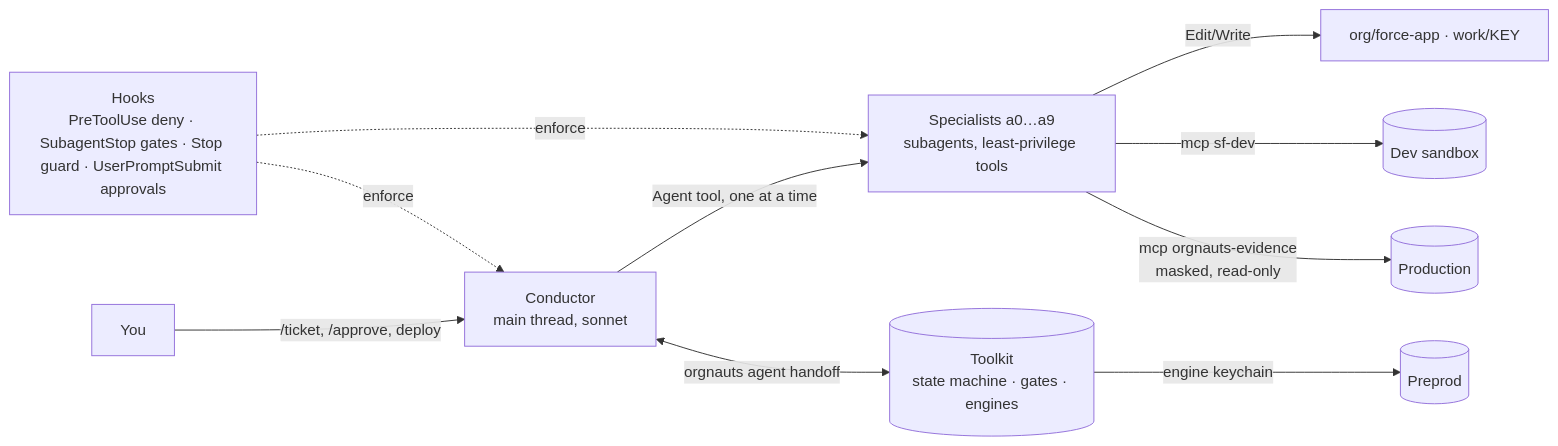
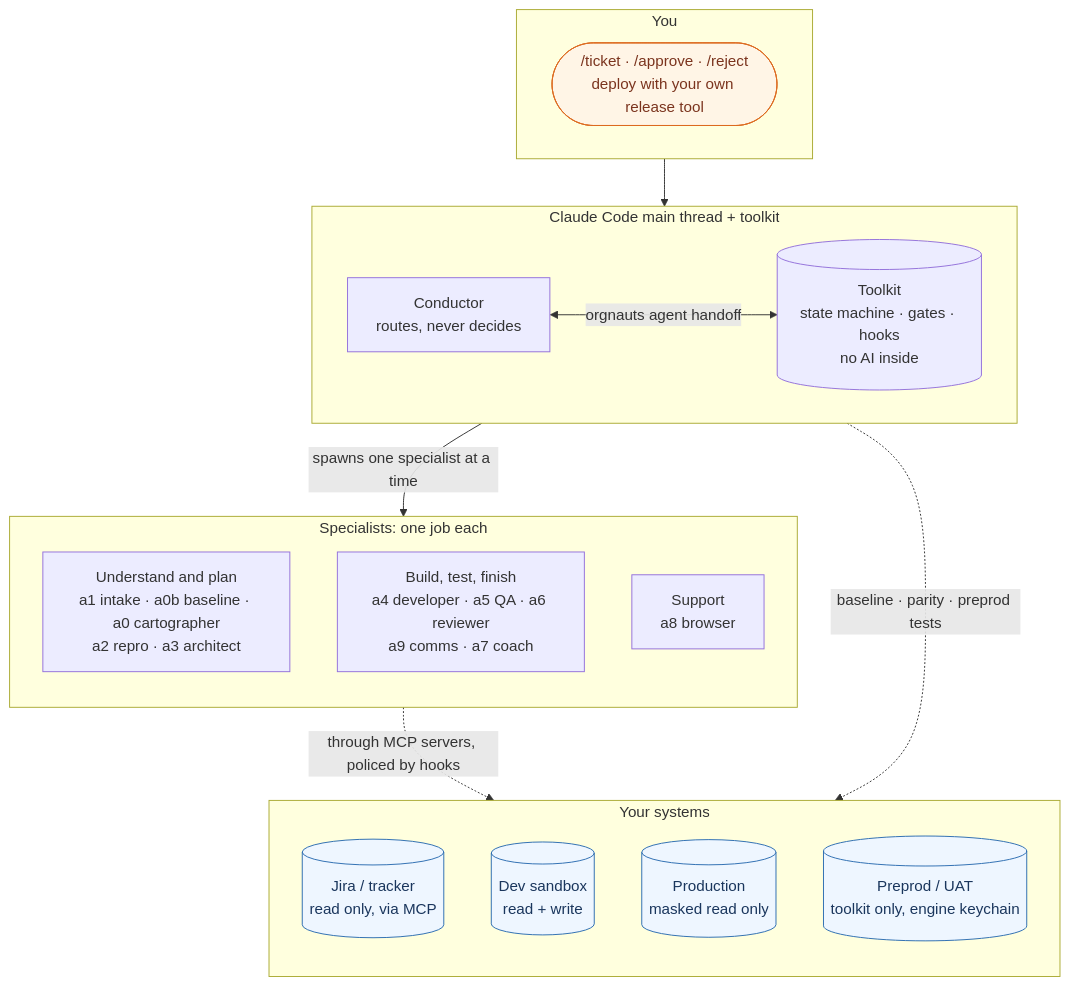
Before and after one commit to KhaddaAiLabs/orgnauts: the first of 2 diagrams in README.md, drawn with Mermaid. The commit also changed other lines of this file and 21 other files, not shown here.

First line of the commit message:
docs: rewrite README and every folder README for a first-time reader, with diagrams

````diff
--- a/README.md
+++ b/README.md
@@ -114,12 +40,32 @@
 ```mermaid
-flowchart LR
-  H[You] -->|/ticket, /approve, deploy| C[Conductor<br/>main thread, sonnet]
-  C -->|Agent tool, one at a time| A[Specialists a0…a9<br/>subagents, least-privilege tools]
-  C <-->|orgnauts agent handoff| T[(Toolkit<br/>state machine · gates · engines)]
-  A -->|Edit/Write| W[org/force-app · work/KEY]
-  A -->|mcp sf-dev| D[(Dev sandbox)]
-  A -->|mcp orgnauts-evidence<br/>masked, read-only| P[(Production)]
-  T -->|engine keychain| U[(Preprod)]
-  HK[Hooks<br/>PreToolUse deny · SubagentStop gates · Stop guard · UserPromptSubmit approvals] -.enforce.-> C
-  HK -.enforce.-> A
+flowchart TB
+  subgraph HUMAN[You]
+    You([/ticket · /approve · /reject<br/>deploy with your own release tool])
+  end
+  subgraph CORE[Claude Code main thread + toolkit]
+    direction LR
+    C[Conductor<br/>routes, never decides] <-->|orgnauts agent handoff| T[(Toolkit<br/>state machine · gates · hooks<br/>no AI inside)]
+  end
+  subgraph SP[Specialists: one job each]
+    direction TB
+    U[Understand and plan<br/>a1 intake · a0b baseline · a0 cartographer<br/>a2 repro · a3 architect]
+    B[Build, test, finish<br/>a4 developer · a5 QA · a6 reviewer<br/>a9 comms · a7 coach]
+    S[Support<br/>a8 browser]
+  end
+  subgraph ORGS[Your systems]
+    direction TB
+    J[(Jira / tracker<br/>read only, via MCP)]
+    DEV[(Dev sandbox<br/>read + write)]
+    PROD[(Production<br/>masked read only)]
+    UAT[(Preprod / UAT<br/>toolkit only, engine keychain)]
+  end
+  HUMAN --> CORE
+  CORE -->|spawns one specialist at a time| SP
+  SP -.->|through MCP servers, policed by hooks| ORGS
+  CORE -.->|baseline · parity · preprod tests| ORGS
+
+  classDef org fill:#eef6ff,stroke:#2b6cb0,color:#1a365d
+  classDef human fill:#fff5e6,stroke:#dd6b20,color:#7b341e
+  class DEV,PROD,UAT,J org
+  class You human
 ```
````
